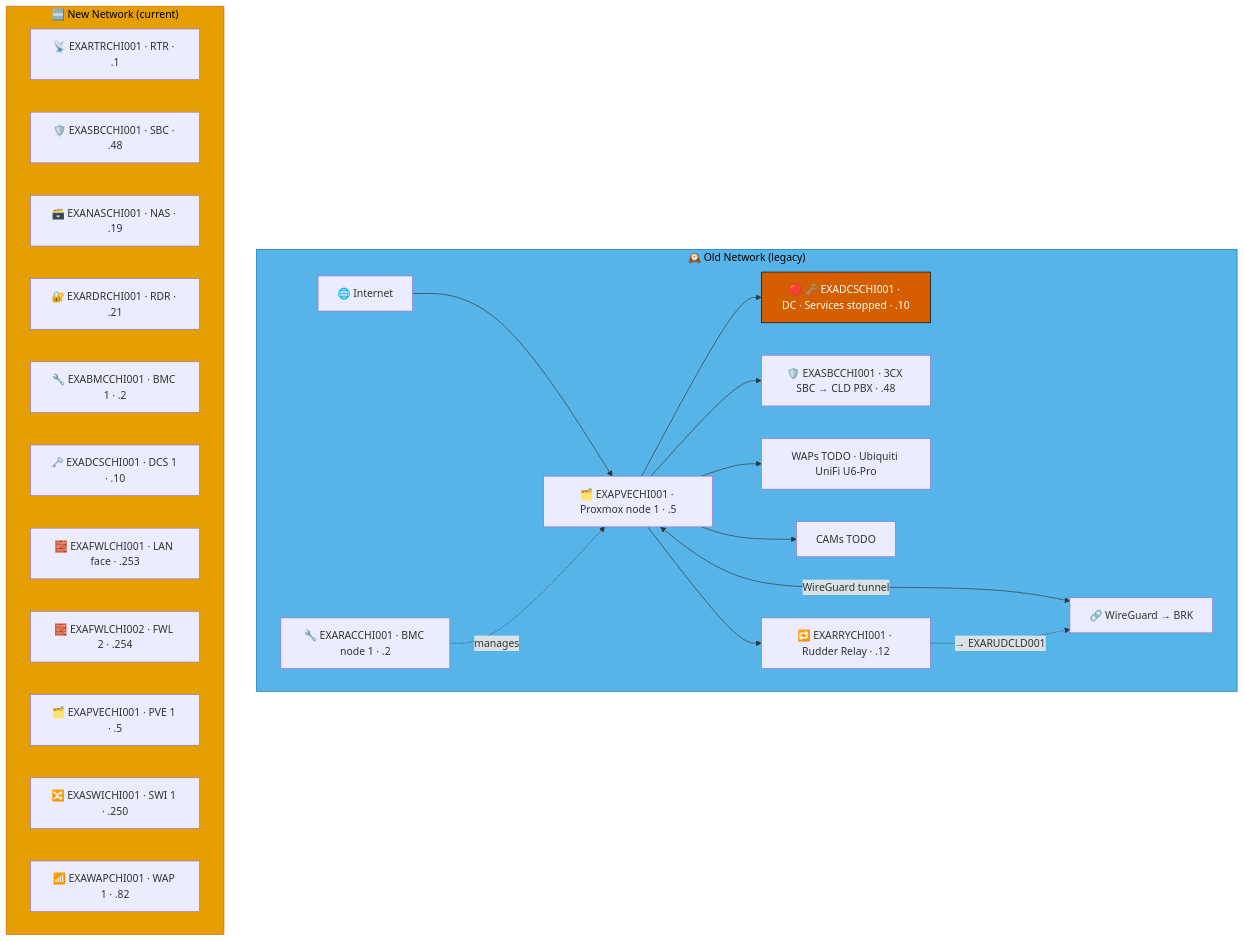
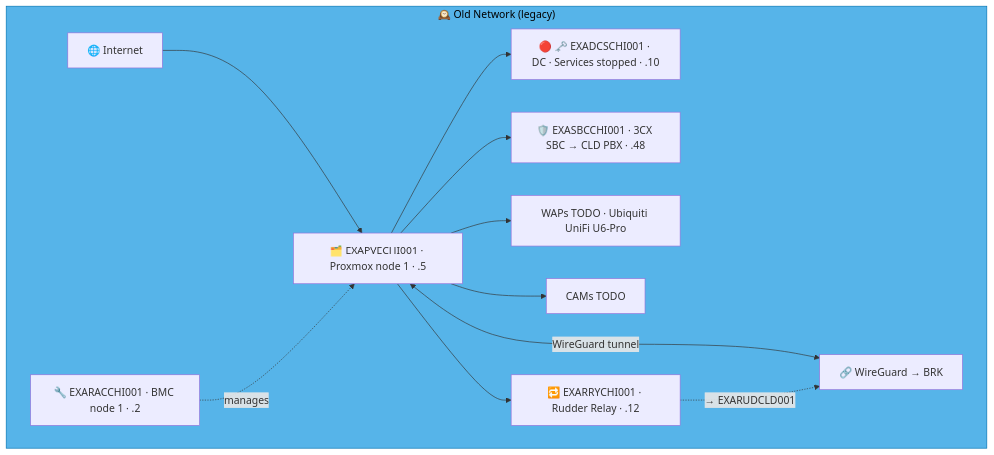
Diagram 11 of 16 in docs/network-diagram/united-states.md (knightmare2600/example_music_infra), drawn with Mermaid before and after one commit. The commit also changed other lines of this file and 35 other files, not shown here.

````diff
--- a/docs/network-diagram/united-states.md
+++ b/docs/network-diagram/united-states.md
@@ -300,41 +428,23 @@
 ```mermaid
 graph TD
     subgraph OLD_CHI ["🕰️ Old Network (legacy)"]
       INET["🌐 Internet"]
       RAC["🔧 EXARACCHI001 · BMC node 1 · .2"]
       PVE["🗂️ EXAPVECHI001 · Proxmox node 1 · .5"]
       DC["🔴 🗝️ EXADCSCHI001 · DC · Services stopped · .10"]
       SBC["🛡️ EXASBCCHI001 · 3CX SBC → CLD PBX · .48"]
       RRY["🔁 EXARRYCHI001 · Rudder Relay · .12"]
       WAP["WAPs TODO · Ubiquiti UniFi U6-Pro"]
       CAM["CAMs TODO"]
       VPN["🔗 WireGuard → BRK"]
 
       INET --> PVE --> DC & SBC
       RAC -.->|"manages"| PVE
       PVE --> WAP & CAM
       PVE <-->|"WireGuard tunnel"| VPN
 
       PVE --> RRY
       RRY -. "→ EXARUDCLD001" .-> VPN
     end
     style OLD_CHI fill:#56B4E9,stroke:#0072B2,color:#000000
-    %% GENERATED:NEW-NETWORK:CHI:START
-    subgraph NEW_CHI ["🆕 New Network (current)"]
-      N_RTR["📡 EXARTRCHI001 · RTR · .1"]
-      N_SBC["🛡️ EXASBCCHI001 · SBC · .48"]
-      N_NAS["🗃️ EXANASCHI001 · NAS · .19"]
-      N_RDR["🔐 EXARDRCHI001 · RDR · .21"]
-      N_BMC["🔧 EXABMCCHI001 · BMC 1 · .2"]
-      N_DCS["🗝️ EXADCSCHI001 · DCS 1 · .10"]
-      N_FWL["🧱 EXAFWLCHI001 · LAN face · .253"]
-      N_FWL2["🧱 EXAFWLCHI002 · FWL 2 · .254"]
-      N_PVE["🗂️ EXAPVECHI001 · PVE 1 · .5"]
-      N_SWI["🔀 EXASWICHI001 · SWI 1 · .250"]
-      N_WAP["📶 EXAWAPCHI001 · WAP 1 · .82"]
-    end
-    style NEW_CHI fill:#E69F00,stroke:#D55E00,color:#000000
-    %% GENERATED:NEW-NETWORK:CHI:END
-    classDef warn fill:#D55E00,stroke:#000000,color:#ffffff
-    class DC warn
 ```
````
